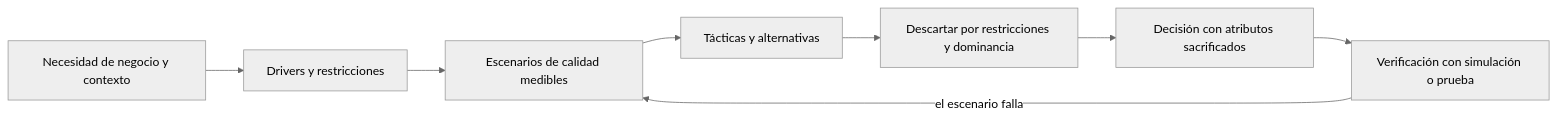
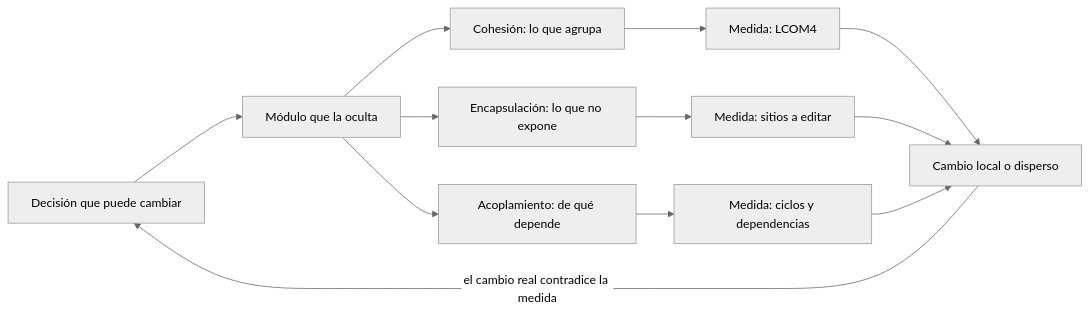
One commit to vladimiracunadev-create/modern-software-engineering-program changed the diagram in content/part-25/SE-301.md. Above: the diagram before and after it, drawn with Mermaid (neutral theme). The commit also changed other lines of this file and 5193 other files, not shown here.

````diff
--- a/content/part-25/SE-301.md
+++ b/content/part-25/SE-301.md
@@ -54,10 +53,14 @@
 ```mermaid
 flowchart LR
-    A[Necesidad de negocio y contexto] --> B[Drivers y restricciones]
-    B --> C[Escenarios de calidad medibles]
-    C --> D[Tácticas y alternativas]
-    D --> E[Descartar por restricciones y dominancia]
-    E --> F[Decisión con atributos sacrificados]
-    F --> G[Verificación con simulación o prueba]
-    G -->|el escenario falla| C
+    A[Decisión que puede cambiar] --> B[Módulo que la oculta]
+    B --> C[Cohesión: lo que agrupa]
+    B --> D[Encapsulación: lo que no expone]
+    B --> E[Acoplamiento: de qué depende]
+    C --> F[Medida: LCOM4]
+    D --> G[Medida: sitios a editar]
+    E --> H[Medida: ciclos y dependencias]
+    F --> I[Cambio local o disperso]
+    G --> I
+    H --> I
+    I -->|el cambio real contradice la medida| A
 ```
````
